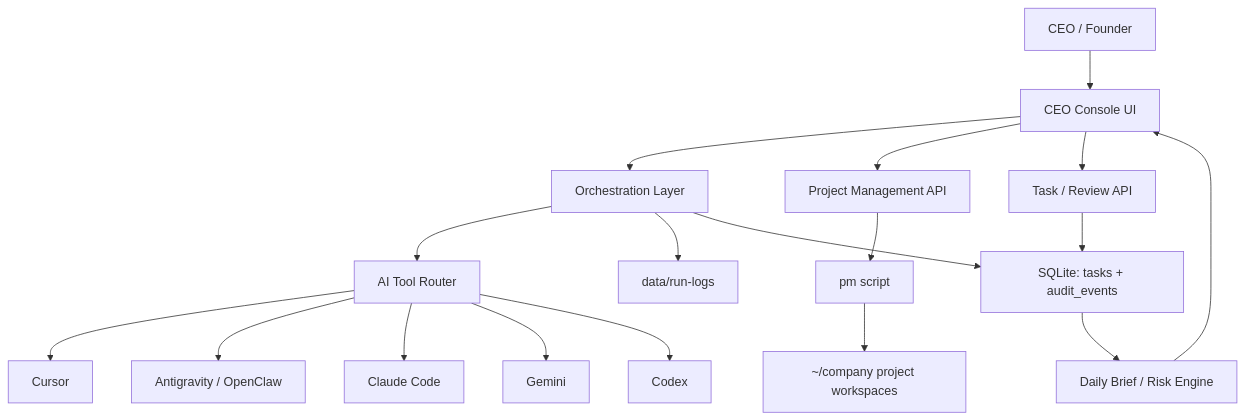
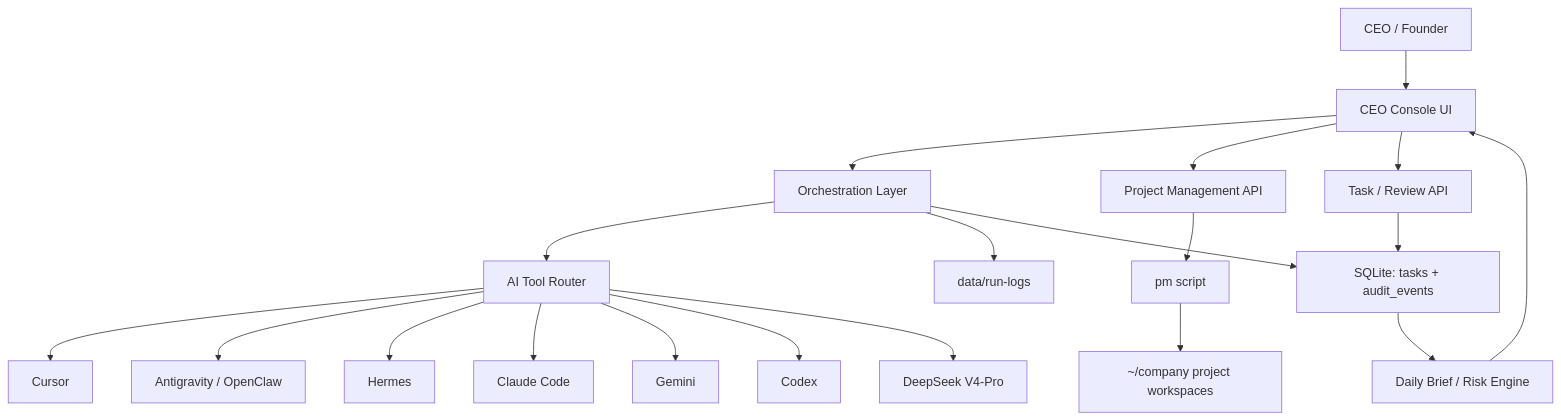
The diagram in docs/architecture-ai-company-os.md (yuanmajun29-collab/ceo-console), drawn with Mermaid before and after one commit. The commit also changed other lines of this file and 8 other files, not shown here.

````diff
--- a/docs/architecture-ai-company-os.md
+++ b/docs/architecture-ai-company-os.md
@@ -24,24 +25,26 @@
 ```mermaid
 flowchart TD
   CEO["CEO / Founder"] --> Console["CEO Console UI"]
   Console --> Orchestrator["Orchestration Layer"]
   Console --> ProjectAPI["Project Management API"]
   Console --> TaskAPI["Task / Review API"]
 
   Orchestrator --> Router["AI Tool Router"]
   Router --> Cursor["Cursor"]
   Router --> Antigravity["Antigravity / OpenClaw"]
+  Router --> Hermes["Hermes"]
   Router --> Claude["Claude Code"]
   Router --> Gemini["Gemini"]
   Router --> Codex["Codex"]
+  Router --> DeepSeek["DeepSeek V4-Pro"]
 
   ProjectAPI --> PM["pm script"]
   PM --> Workspace["~/company project workspaces"]
 
   TaskAPI --> DB["SQLite: tasks + audit_events"]
   Orchestrator --> Logs["data/run-logs"]
   Orchestrator --> DB
 
   DB --> Brief["Daily Brief / Risk Engine"]
   Brief --> Console
 ```
````
